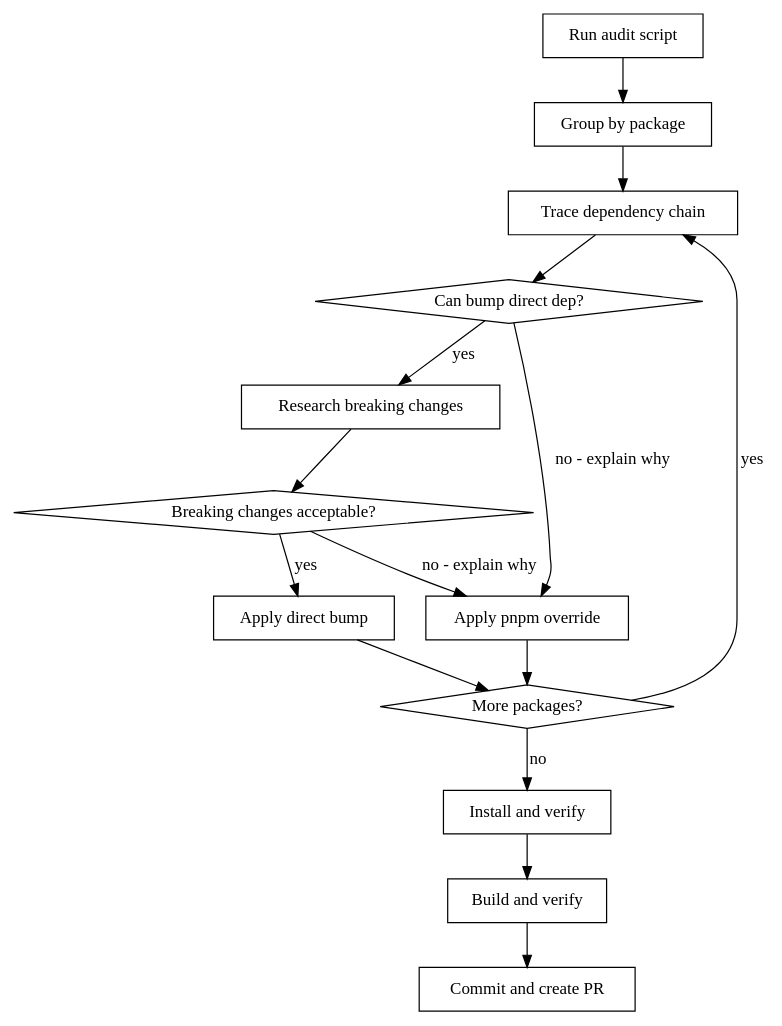
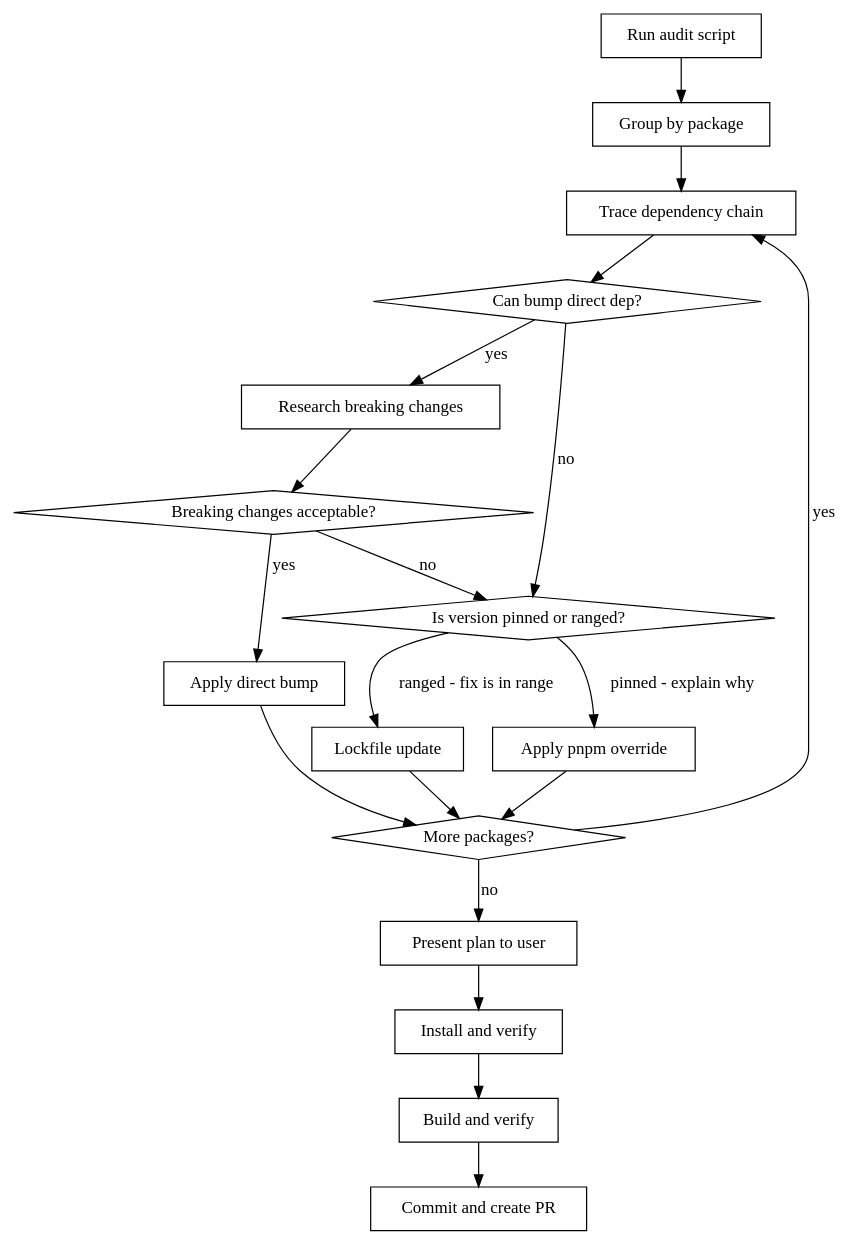
The diagram in .claude/skills/audit-dependencies/SKILL.md (leonardstruck/payload), drawn with Graphviz before and after one commit. The commit also changed other lines of this file, not shown here.

First line of the commit message:
chore(claude): update audit-dependencies skill with lockfile strategy and override rules (#16106)

````diff
--- a/.claude/skills/audit-dependencies/SKILL.md
+++ b/.claude/skills/audit-dependencies/SKILL.md
@@ -17,31 +17,38 @@
 ```dot
 digraph audit {
     "Run audit script" [shape=box];
     "Group by package" [shape=box];
     "Trace dependency chain" [shape=box];
     "Can bump direct dep?" [shape=diamond];
     "Research breaking changes" [shape=box];
     "Breaking changes acceptable?" [shape=diamond];
     "Apply direct bump" [shape=box];
+    "Is version pinned or ranged?" [shape=diamond];
+    "Lockfile update" [shape=box];
     "Apply pnpm override" [shape=box];
     "More packages?" [shape=diamond];
+    "Present plan to user" [shape=box];
     "Install and verify" [shape=box];
     "Build and verify" [shape=box];
     "Commit and create PR" [shape=box];
 
     "Run audit script" -> "Group by package";
     "Group by package" -> "Trace dependency chain";
     "Trace dependency chain" -> "Can bump direct dep?";
     "Can bump direct dep?" -> "Research breaking changes" [label="yes"];
-    "Can bump direct dep?" -> "Apply pnpm override" [label="no - explain why"];
+    "Can bump direct dep?" -> "Is version pinned or ranged?" [label="no"];
     "Research breaking changes" -> "Breaking changes acceptable?";
     "Breaking changes acceptable?" -> "Apply direct bump" [label="yes"];
-    "Breaking changes acceptable?" -> "Apply pnpm override" [label="no - explain why"];
+    "Breaking changes acceptable?" -> "Is version pinned or ranged?" [label="no"];
+    "Is version pinned or ranged?" -> "Lockfile update" [label="ranged - fix is in range"];
+    "Is version pinned or ranged?" -> "Apply pnpm override" [label="pinned - explain why"];
     "Apply direct bump" -> "More packages?";
+    "Lockfile update" -> "More packages?";
     "Apply pnpm override" -> "More packages?";
     "More packages?" -> "Trace dependency chain" [label="yes"];
-    "More packages?" -> "Install and verify" [label="no"];
+    "More packages?" -> "Present plan to user" [label="no"];
+    "Present plan to user" -> "Install and verify";
     "Install and verify" -> "Build and verify";
     "Build and verify" -> "Commit and create PR";
 }
 ```
````
